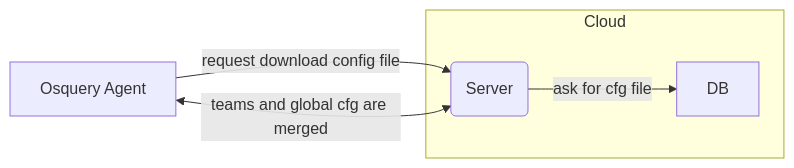
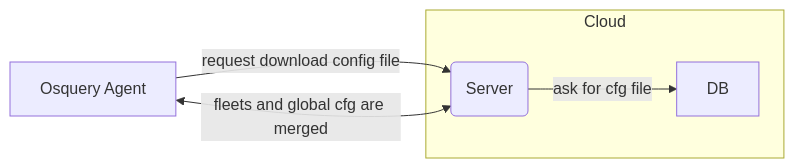
Before and after one commit to fleetdm/fleet: the fifth of 7 diagrams in docs/Contributing/architecture/high-level-architecture.md, drawn with Mermaid. The commit also changed other lines of this file and 149 other files, not shown here.

Commit message:
"Teams" => "fleets", "queries" => "reports" doc changes (#39585)

````diff
--- a/docs/Contributing/architecture/high-level-architecture.md
+++ b/docs/Contributing/architecture/high-level-architecture.md
@@ -167,13 +167,13 @@
 ```mermaid
 graph LR;
     agent[Osquery Agent];
 
     subgraph Cloud
         server(Server);
         db[DB];
     end
 
     agent -- request download config file --> server;
-    agent <-- teams and global cfg are merged --> server;
+    agent <-- fleets and global cfg are merged --> server;
     server -- ask for cfg file--> db;
 ```
````
